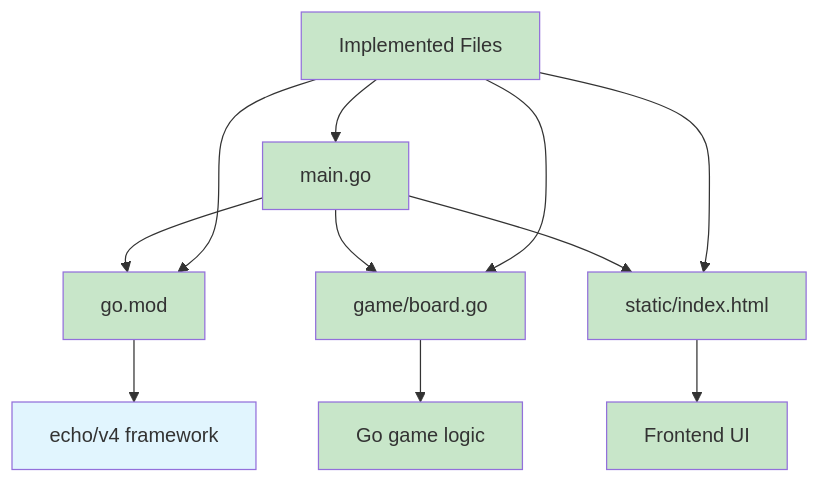
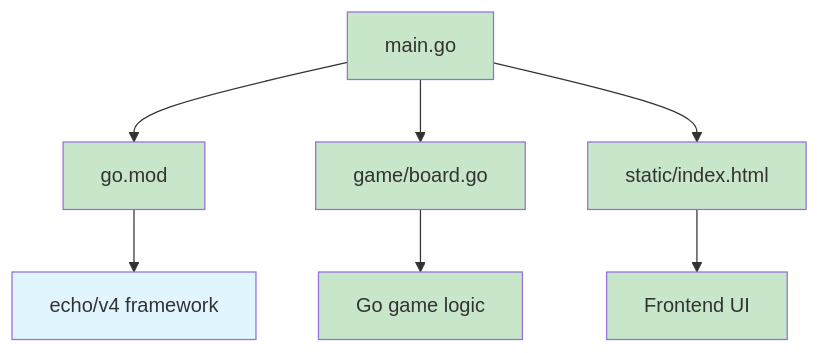
Before and after one commit to fcarvajalbrown/Go-on-Go: the diagram in architecture.mermaid, drawn with Mermaid.

Commit message:
removed upper dependency inutil

```diff
--- a/architecture.mermaid
+++ b/architecture.mermaid
@@ -1,28 +1,21 @@
 graph TD
     %% Main Application Files
     A[main.go] --> B[go.mod]
     A --> C[game/board.go]
     A --> D[static/index.html]
     
     %% Dependencies
     B --> E[echo/v4 framework]
     
     %% File Relationships
     C --> F[Go game logic]
     D --> G[Frontend UI]
-    
-    %% Current Status
-    H[Implemented Files]
-    H --> A
-    H --> B
-    H --> C
-    H --> D
 
     %% Styling
     classDef implemented fill:#c8e6c9
     classDef todo fill:#ffcdd2
     classDef external fill:#e1f5fe
     
     class A,B,C,D,F,G,H implemented
     class I,J,K,L todo
     class E external
```
